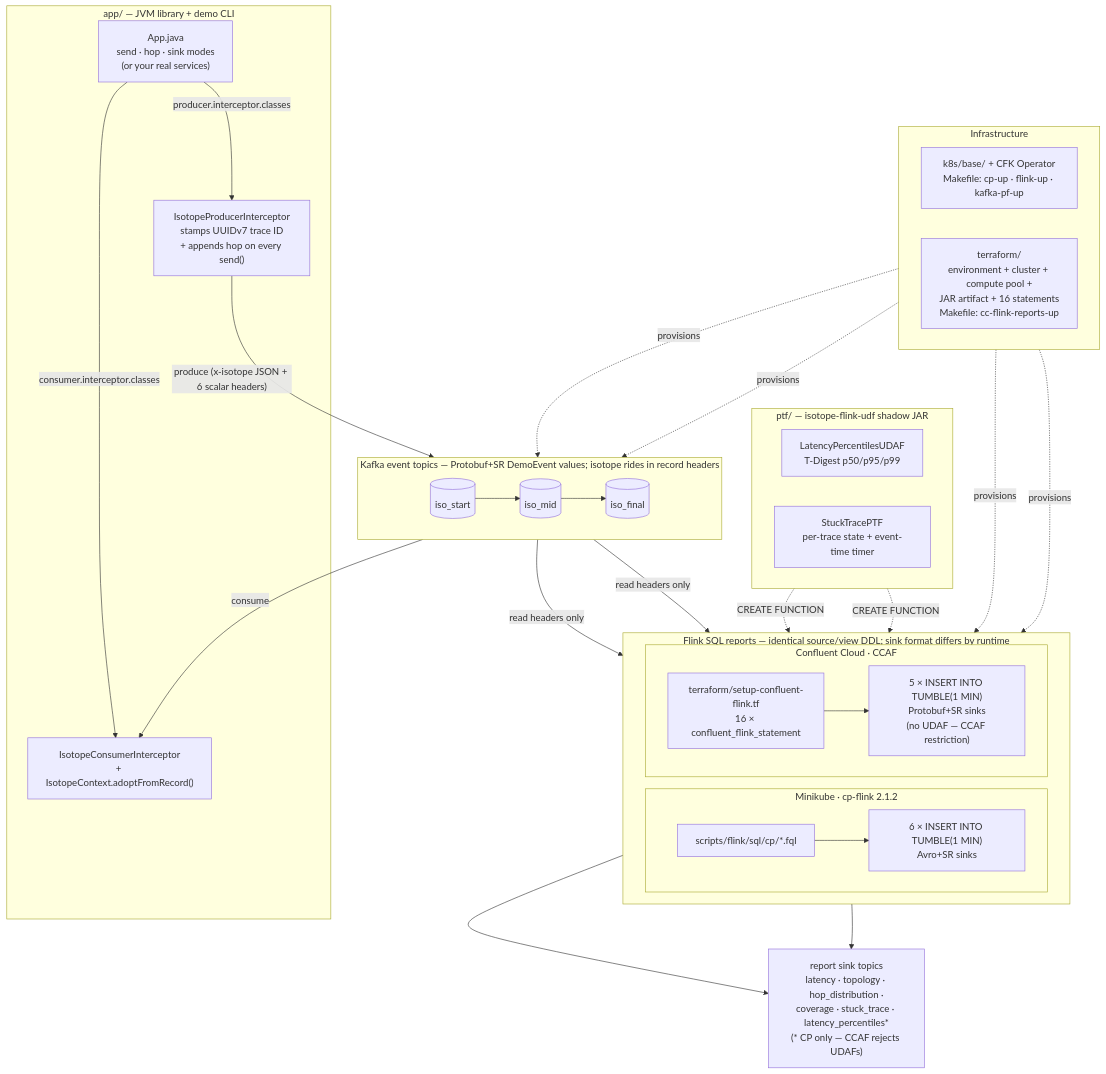
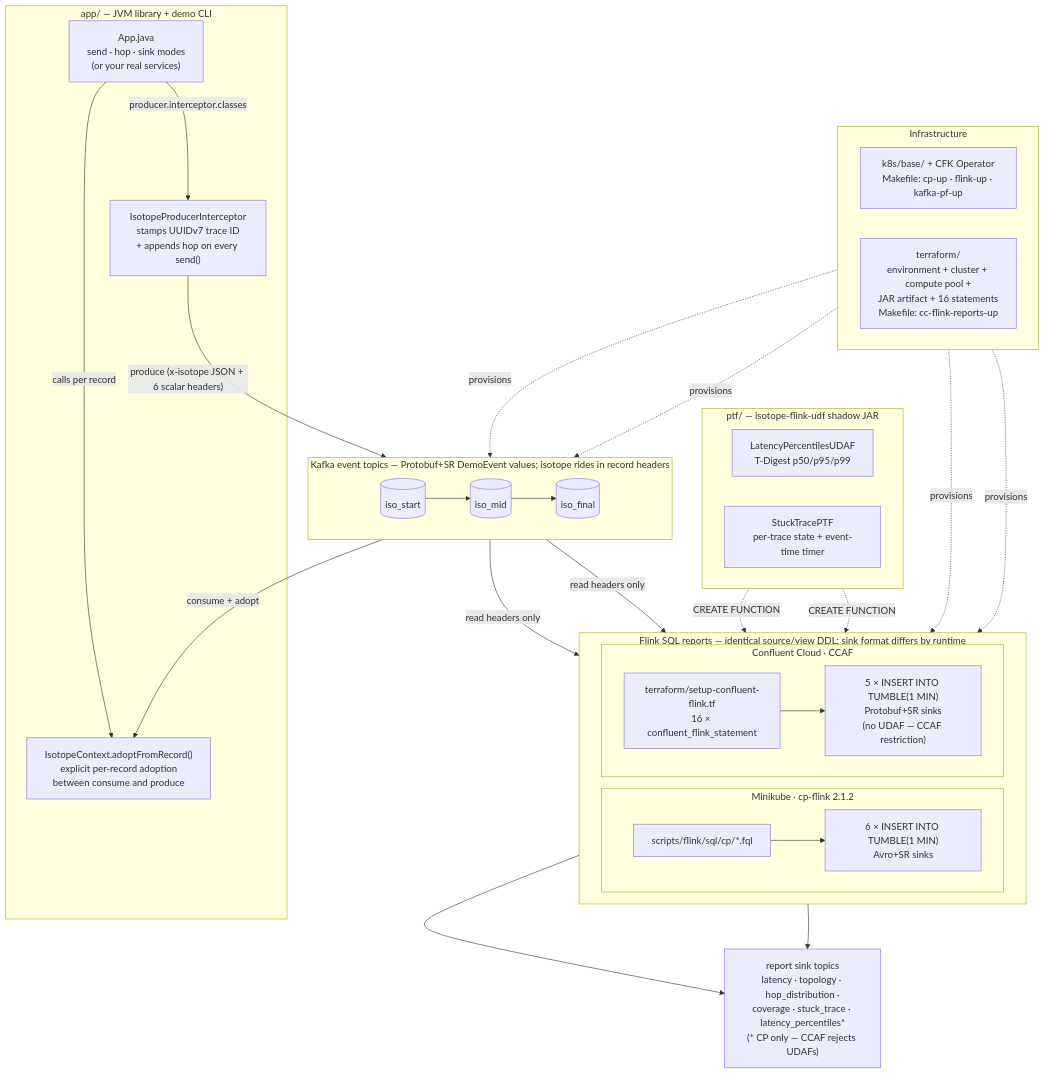
The diagram in README.md (j3-signalroom/confluent-kafka-isotope), drawn with Mermaid before and after one commit. The commit also changed other lines of this file and 6 other files, not shown here.

````diff
--- a/README.md
+++ b/README.md
@@ -54,56 +56,56 @@
 ```mermaid
 flowchart TB
     subgraph App["app/ — JVM library + demo CLI"]
         Svc["App.java<br/>send · hop · sink modes<br/>(or your real services)"]
         IPI["IsotopeProducerInterceptor<br/>stamps UUIDv7 trace ID<br/>+ appends hop on every send()"]
-        ICI["IsotopeConsumerInterceptor<br/>+ IsotopeContext.adoptFromRecord()"]
+        Adopt["IsotopeContext.adoptFromRecord()<br/>explicit per-record adoption<br/>between consume and produce"]
         Svc -- "producer.interceptor.classes" --> IPI
-        Svc -- "consumer.interceptor.classes" --> ICI
+        Svc -- "calls per record" --> Adopt
     end
 
     subgraph Kafka["Kafka event topics — Protobuf+SR DemoEvent values; isotope rides in record headers"]
         T1[("iso_start")] --> T2[("iso_mid")] --> T3[("iso_final")]
     end
 
     IPI -- "produce (x-isotope JSON + 6 scalar headers)" --> Kafka
-    Kafka -- "consume" --> ICI
+    Kafka -- "consume + adopt" --> Adopt
 
     subgraph PTF["ptf/ — isotope-flink-udf shadow JAR"]
         UDAF["LatencyPercentilesUDAF<br/>T-Digest p50/p95/p99"]
         Stuck["StuckTracePTF<br/>per-trace state + event-time timer"]
     end
 
     subgraph Flink["Flink SQL reports — identical source/view DDL; sink format differs by runtime"]
         direction LR
         subgraph CP["Minikube · cp-flink 2.1.2"]
             SQLCP["scripts/flink/sql/cp/*.fql"]
             JCP["6 × INSERT INTO TUMBLE(1 MIN)<br/>Avro+SR sinks"]
             SQLCP --> JCP
         end
         subgraph CC["Confluent Cloud · CCAF"]
             TFSQL["terraform/setup-confluent-flink.tf<br/>16 × confluent_flink_statement"]
             JCC["5 × INSERT INTO TUMBLE(1 MIN)<br/>Protobuf+SR sinks<br/>(no UDAF — CCAF restriction)"]
             TFSQL --> JCC
         end
     end
 
     Kafka -- "read headers only" --> CP
     Kafka -- "read headers only" --> CC
     PTF -. "CREATE FUNCTION" .-> CP
     PTF -. "CREATE FUNCTION" .-> CC
 
     R["report sink topics<br/>latency · topology · hop_distribution ·<br/>coverage · stuck_trace · latency_percentiles*<br/>(* CP only — CCAF rejects UDAFs)"]
     JCP --> R
     JCC --> R
 
     subgraph Infra["Infrastructure"]
         direction LR
         K8S["k8s/base/ + CFK Operator<br/>Makefile: cp-up · flink-up · kafka-pf-up"]
         TF["terraform/<br/>environment + cluster + compute pool +<br/>JAR artifact + 16 statements<br/>Makefile: cc-flink-reports-up"]
     end
 
     K8S -. provisions .-> Kafka
     K8S -. provisions .-> CP
     TF -. provisions .-> Kafka
     TF -. provisions .-> CC
 ```
````
